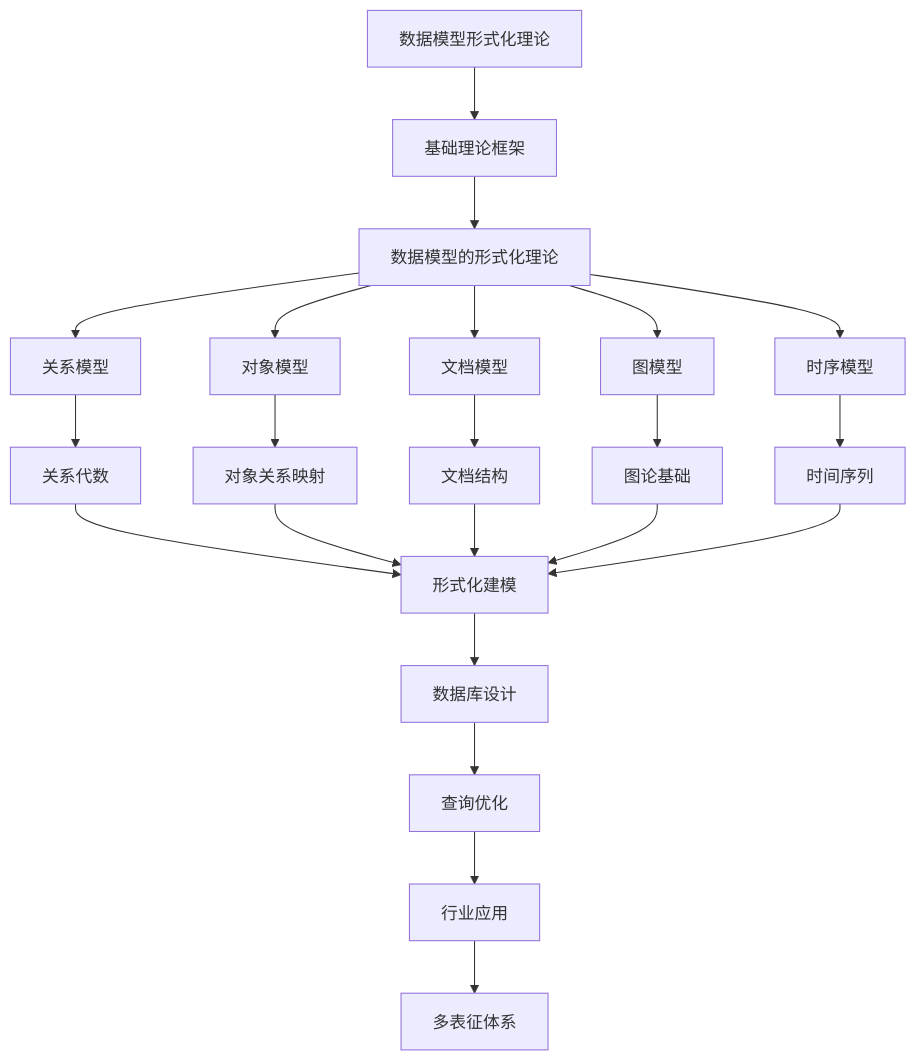
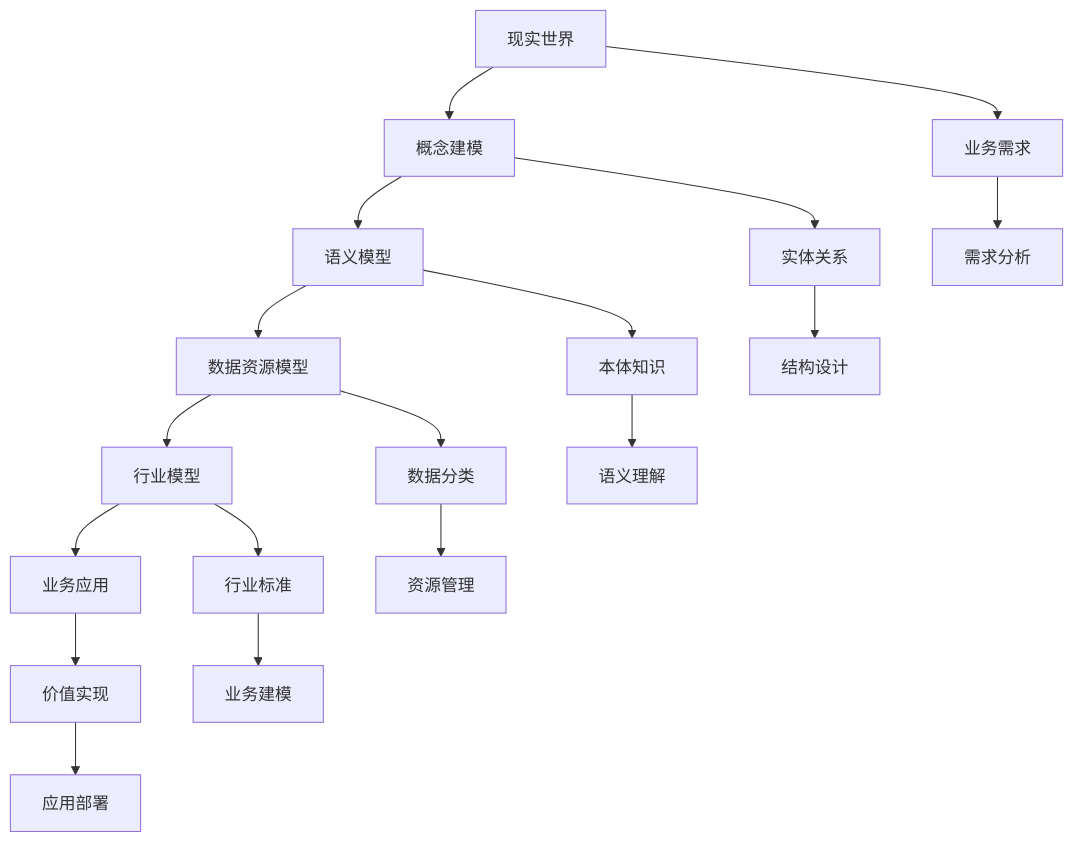
The diagram in Analysis/3-数据模型与算法/3.2-形式化模型/README.md (AdaMartin18010/Data-Science), drawn with Mermaid before and after one commit. The commit also changed other lines of this file and 16 other files, not shown here.

````diff
--- a/Analysis/3-数据模型与算法/3.2-形式化模型/README.md
+++ b/Analysis/3-数据模型与算法/3.2-形式化模型/README.md
@@ -21,20 +29,22 @@
 ```mermaid
-flowchart TD
-  A[数据模型形式化理论] --> B[基础理论框架]
-  B --> C[数据模型的形式化理论]
-  C --> D[关系模型]
-  C --> E[对象模型]
-  C --> F[文档模型]
-  C --> G[图模型]
-  C --> H[时序模型]
-  D --> I[关系代数]
-  E --> J[对象关系映射]
-  F --> K[文档结构]
-  G --> L[图论基础]
-  H --> M[时间序列]
-  I & J & K & L & M --> N[形式化建模]
-  N --> O[数据库设计]
-  O --> P[查询优化]
-  P --> Q[行业应用]
-  Q --> R[多表征体系]
+graph TB
+    A[现实世界] --> B[概念建模]
+    B --> C[语义模型]
+    C --> D[数据资源模型]
+    D --> E[行业模型]
+    E --> F[业务应用]
+    
+    A --> G[业务需求]
+    B --> H[实体关系]
+    C --> I[本体知识]
+    D --> J[数据分类]
+    E --> K[行业标准]
+    F --> L[价值实现]
+    
+    G --> M[需求分析]
+    H --> N[结构设计]
+    I --> O[语义理解]
+    J --> P[资源管理]
+    K --> Q[业务建模]
+    L --> R[应用部署]
 ```
````
